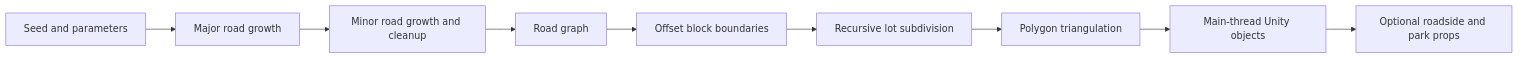
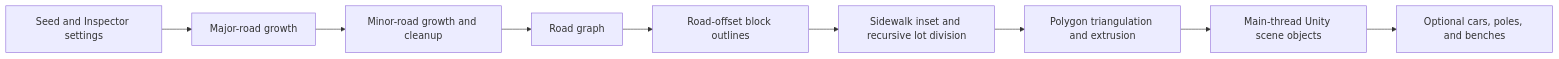
The diagram in README.md (Tendertale/CityScanPCG), drawn with Mermaid before and after one commit. The commit also changed other lines of this file and 9 other files, not shown here.

`````diff
--- a/README.md
+++ b/README.md
@@ -24,11 +56,11 @@
-````mermaid
+```mermaid
 flowchart LR
-    A[Seed and parameters] --> B[Major road growth]
-    B --> C[Minor road growth and cleanup]
+    A[Seed and Inspector settings] --> B[Major-road growth]
+    B --> C[Minor-road growth and cleanup]
     C --> D[Road graph]
-    D --> E[Offset block boundaries]
-    E --> F[Recursive lot subdivision]
-    F --> G[Polygon triangulation]
-    G --> H[Main-thread Unity objects]
-    H --> I[Optional roadside and park props]
-````
+    D --> E[Road-offset block outlines]
+    E --> F[Sidewalk inset and recursive lot division]
+    F --> G[Polygon triangulation and extrusion]
+    G --> H[Main-thread Unity scene objects]
+    H --> I[Optional cars, poles, and benches]
+```
`````
